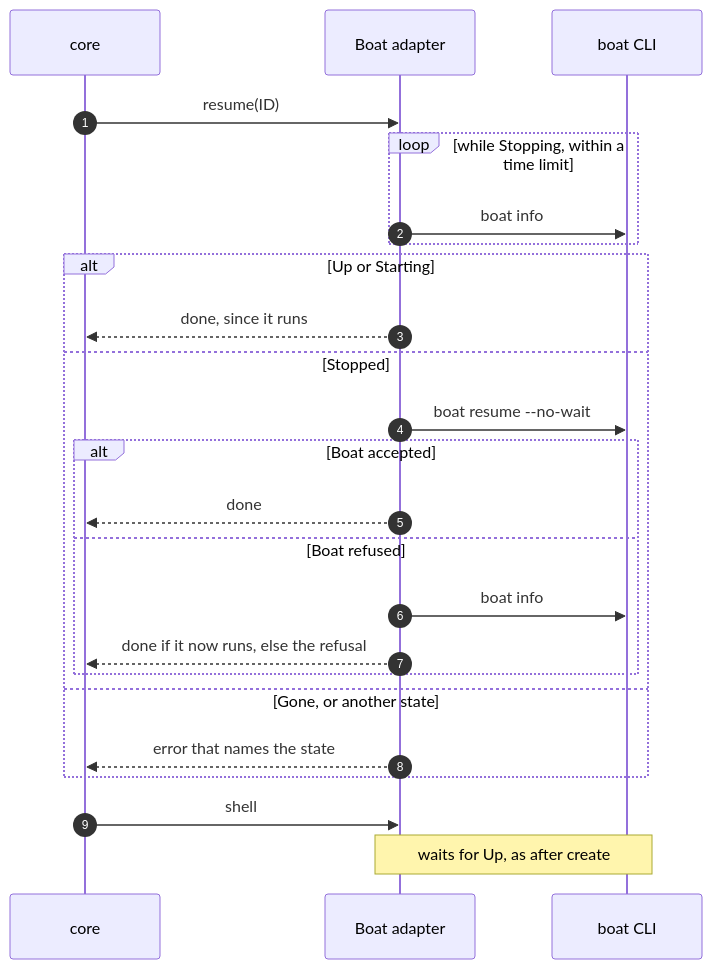
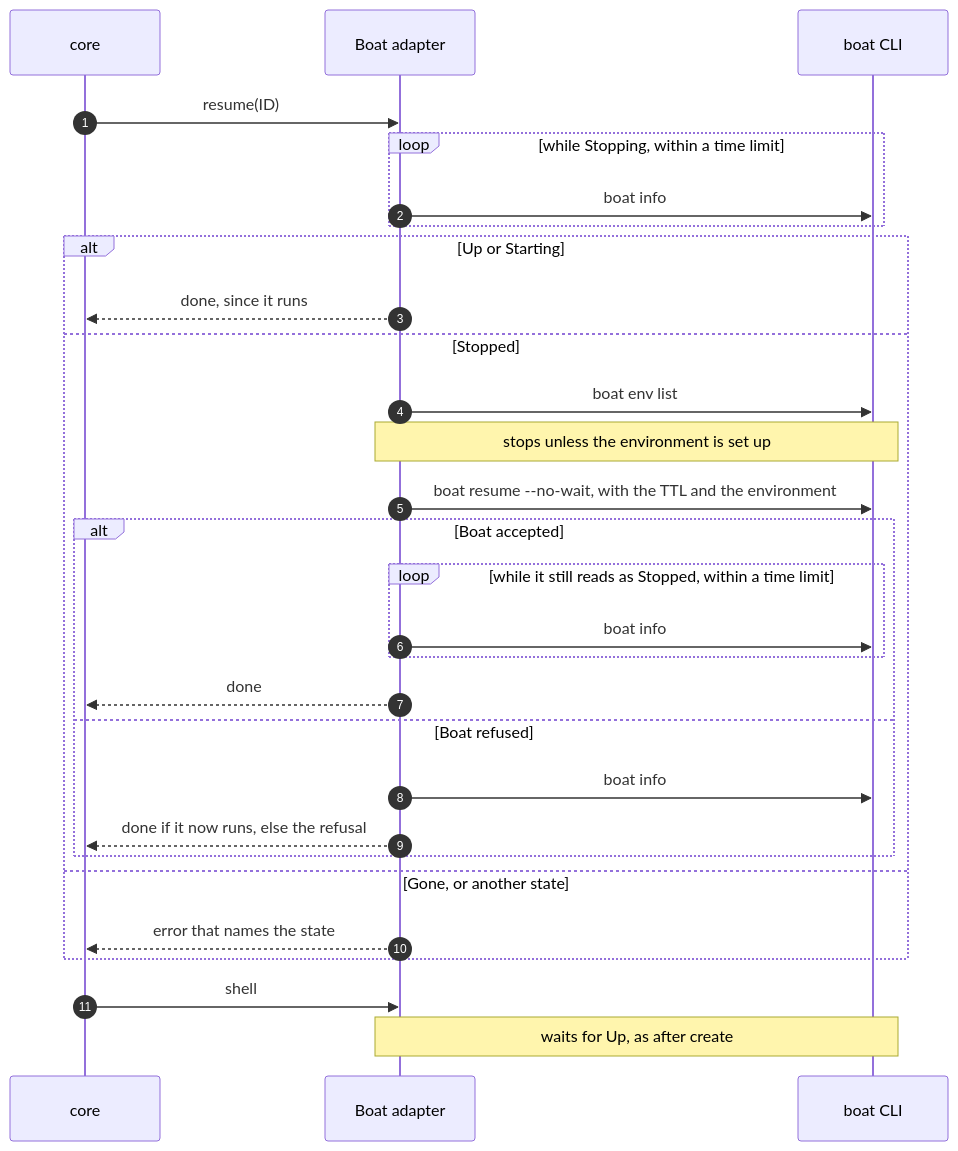
Before and after one commit to NextNodeSolutions/workspace: the fifth of 10 diagrams in docs/providers/boat.md, drawn with Mermaid. The commit also changed other lines of this file and 6 other files, not shown here.

First line of the commit message:
fix(provider-boat): check and pin the environment before a resume

````diff
--- a/docs/providers/boat.md
+++ b/docs/providers/boat.md
@@ -137,26 +137,31 @@
 ```mermaid
 sequenceDiagram
     autonumber
     participant Core as core
     participant A as Boat adapter
     participant B as boat CLI
     Core->>A: resume(ID)
     loop while Stopping, within a time limit
         A->>B: boat info
     end
     alt Up or Starting
         A-->>Core: done, since it runs
     else Stopped
-        A->>B: boat resume --no-wait
+        A->>B: boat env list
+        Note over A,B: stops unless the environment is set up
+        A->>B: boat resume --no-wait, with the TTL and the environment
         alt Boat accepted
+            loop while it still reads as Stopped, within a time limit
+                A->>B: boat info
+            end
             A-->>Core: done
         else Boat refused
             A->>B: boat info
             A-->>Core: done if it now runs, else the refusal
         end
     else Gone, or another state
         A-->>Core: error that names the state
     end
     Core->>A: shell
     Note over A,B: waits for Up, as after create
 ```
````
